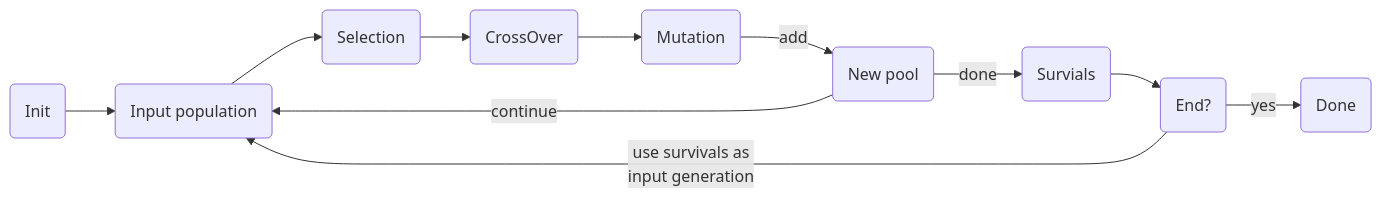
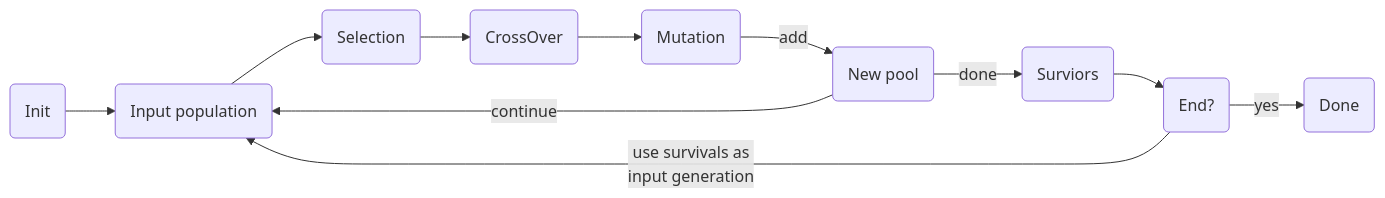
The diagram in readme.md (sbiemont/galgogene), drawn with Mermaid before and after one commit. The commit also changed other lines of this file and 16 other files, not shown here.

````diff
--- a/readme.md
+++ b/readme.md
@@ -283,18 +285,18 @@
 ```mermaid
 graph LR
   init(Init)
-  survive(Survials)
+  survive(Surviors)
   select(Selection)
   crossover(CrossOver)
   mutate(Mutation)
   pool(New pool)
   termination(End?)
   start(Input population)
 
   init --> start
   start --> select --> crossover --> mutate -->|add| pool
   pool -->|continue| start
   pool -->|done| survive --> termination
   termination -->|yes| done(Done)
   termination -->|use survivals as<br>input generation| start
 ```
````
